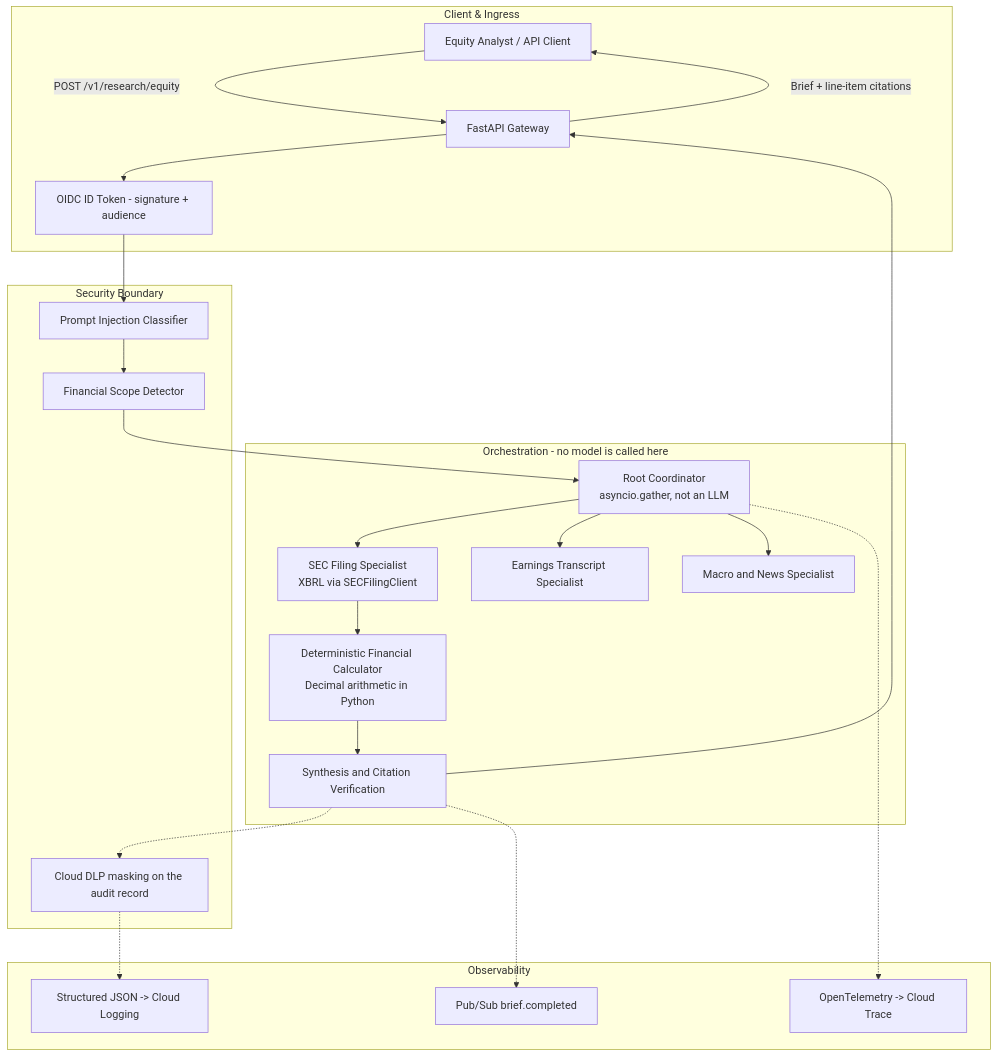
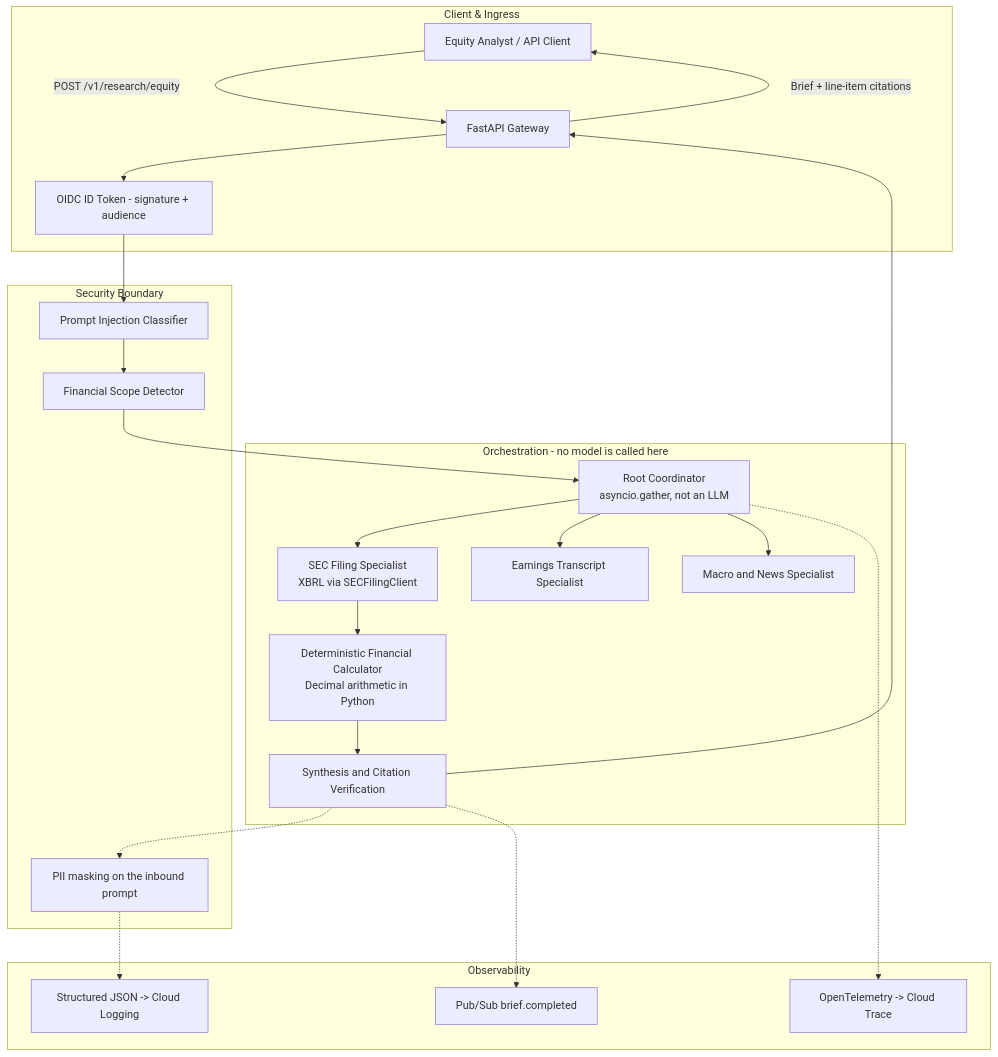
The first of 2 diagrams in README.md (Ignotus-21/Finance-Agent---Investment-Research-Agent), drawn with Mermaid before and after one commit. The commit also changed other lines of this file and 27 other files, not shown here.

````diff
--- a/README.md
+++ b/README.md
@@ -38,43 +38,43 @@
 ```mermaid
 graph TB
     subgraph ClientLayer [Client & Ingress]
         Client[Equity Analyst / API Client]
         Gateway[FastAPI Gateway]
         Auth[OIDC ID Token - signature + audience]
     end
 
     subgraph SecurityGuardrails [Security Boundary]
         InputFilter[Prompt Injection Classifier]
         ScopeValidator[Financial Scope Detector]
-        DLP[Cloud DLP masking on the audit record]
+        DLP[PII masking on the inbound prompt]
     end
 
     subgraph Pipeline [Orchestration - no model is called here]
         RootAgent[Root Coordinator<br/>asyncio.gather, not an LLM]
         SECAgent[SEC Filing Specialist<br/>XBRL via SECFilingClient]
         TranscriptAgent[Earnings Transcript Specialist]
         MacroAgent[Macro and News Specialist]
         CalcTool[Deterministic Financial Calculator<br/>Decimal arithmetic in Python]
         SynthEngine[Synthesis and Citation Verification]
     end
 
     subgraph Ops [Observability]
         OTel[OpenTelemetry -> Cloud Trace]
         CloudLog[Structured JSON -> Cloud Logging]
         PubSub[Pub/Sub brief.completed]
     end
 
     Client -->|POST /v1/research/equity| Gateway
     Gateway --> Auth --> InputFilter --> ScopeValidator --> RootAgent
     RootAgent --> SECAgent
     RootAgent --> TranscriptAgent
     RootAgent --> MacroAgent
     SECAgent --> CalcTool
     CalcTool --> SynthEngine
     SynthEngine --> Gateway
     Gateway -->|Brief + line-item citations| Client
 
     SynthEngine -.-> DLP -.-> CloudLog
     RootAgent -.-> OTel
     SynthEngine -.-> PubSub
 ```
````
